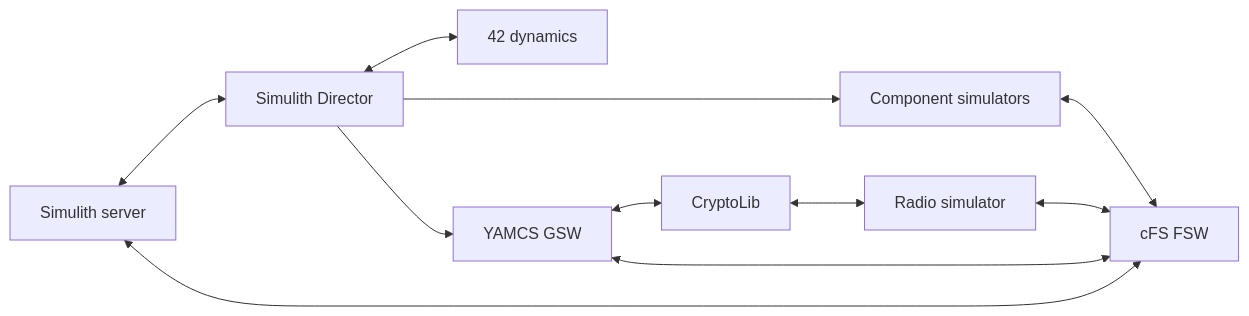
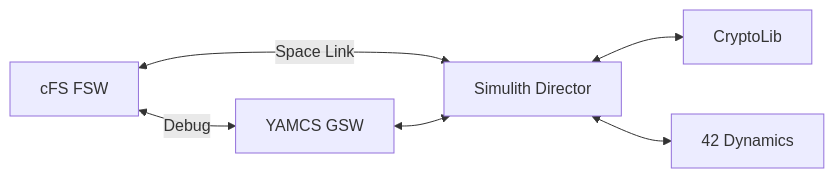
The first of 8 diagrams in atlas/docs/manual/core-concepts/architecture.md (VoyagerTechnologies-Public/shire), drawn with Mermaid before and after one commit. The commit also changed other lines of this file and 19 other files, not shown here.

````diff
--- a/atlas/docs/manual/core-concepts/architecture.md
+++ b/atlas/docs/manual/core-concepts/architecture.md
@@ -22,22 +26,14 @@
 ```mermaid
 flowchart LR
     GSW[YAMCS GSW]
     CRYPTO[CryptoLib]
-    RADIO[Radio simulator]
     FSW[cFS FSW]
-    SERVER[Simulith server]
     DIRECTOR[Simulith Director]
-    DYNAMICS[42 dynamics]
-    COMPONENTS[Component simulators]
+    DYNAMICS[42 Dynamics]
 
-    GSW <--> CRYPTO
-    CRYPTO <--> RADIO
-    RADIO <--> FSW
-    GSW <--> FSW
-    SERVER <--> DIRECTOR
-    SERVER <--> FSW
+    FSW <-->|Space Link| DIRECTOR
+    FSW <-->|Debug| GSW
+    DIRECTOR <--> CRYPTO
+    GSW <--> DIRECTOR
     DIRECTOR <--> DYNAMICS
-    DIRECTOR --> COMPONENTS
-    COMPONENTS <--> FSW
-    DIRECTOR --> GSW
 ```
````
